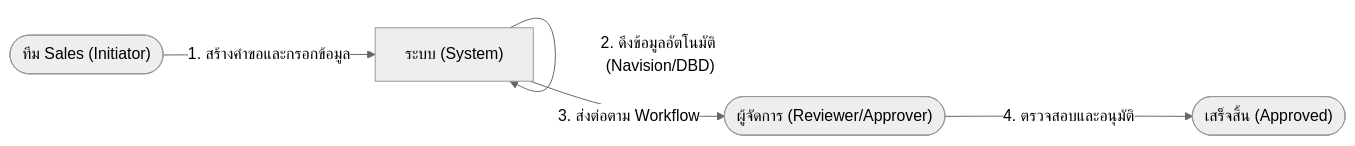
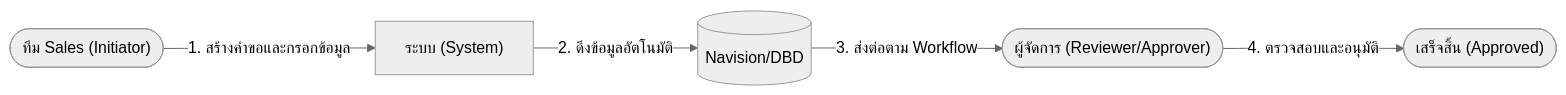
The second of 2 diagrams in docs/presentations/05_IT_Support_Handover_Slides.md (JinnawatJid/iNsightDocs), drawn with Mermaid (neutral theme) before and after one commit.

Commit message:
docs(presentations): fix user journey layout to be linear horizontal
Modified the Mermaid flowchart in Slide 5. Instead of looping back to the 'System' node (which caused wide, hard-to-read curves in LR mode), the flowchart now extracts the External DB fetch into its own node. This ensures a clean, linear, left-to-right progression that is easy to present on a slide.

````diff
--- a/docs/presentations/05_IT_Support_Handover_Slides.md
+++ b/docs/presentations/05_IT_Support_Handover_Slides.md
@@ -70,7 +70,7 @@
 ```mermaid
 flowchart LR
     Init(["ทีม Sales (Initiator)"]) -->|"1. สร้างคำขอและกรอกข้อมูล"| Sys["ระบบ (System)"]
-    Sys -->|"2. ดึงข้อมูลอัตโนมัติ (Navision/DBD)"| Sys
-    Sys -->|"3. ส่งต่อตาม Workflow"| Mgr(["ผู้จัดการ (Reviewer/Approver)"])
+    Sys -->|"2. ดึงข้อมูลอัตโนมัติ"| Ext[("Navision/DBD")]
+    Ext -->|"3. ส่งต่อตาม Workflow"| Mgr(["ผู้จัดการ (Reviewer/Approver)"])
     Mgr -->|"4. ตรวจสอบและอนุมัติ"| Done(["เสร็จสิ้น (Approved)"])
 ```
````
